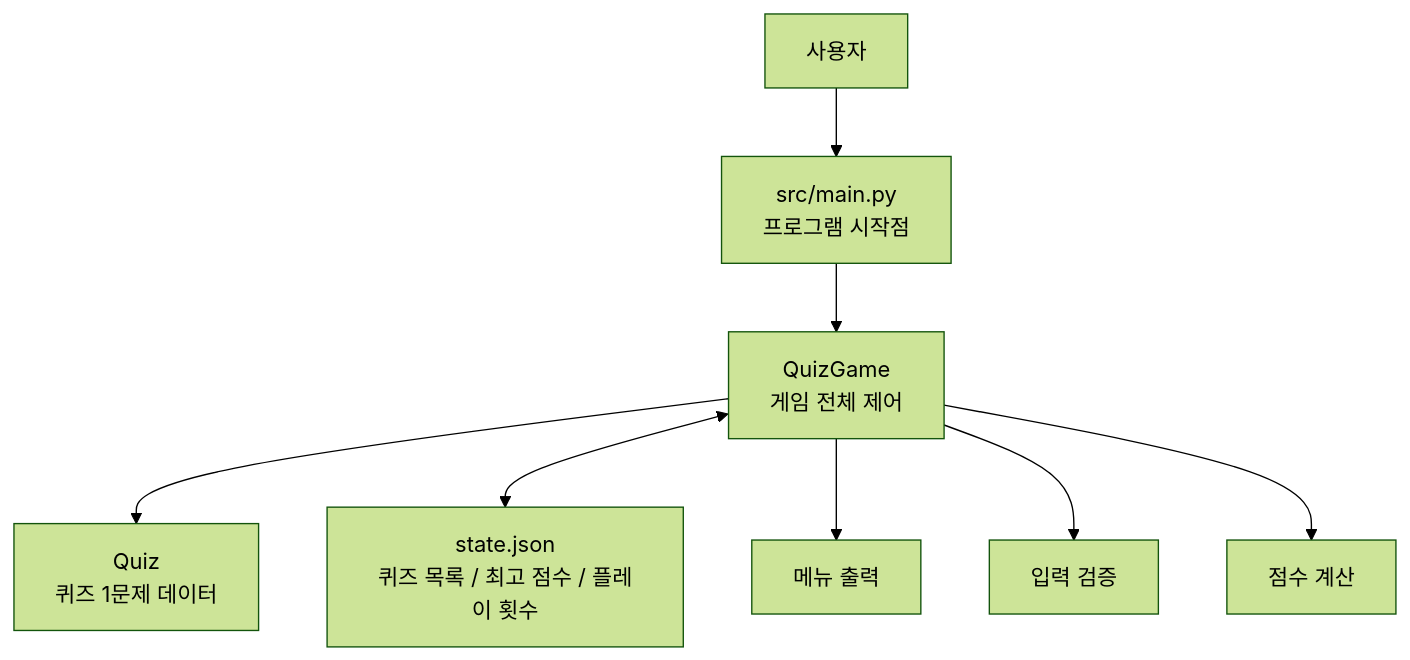
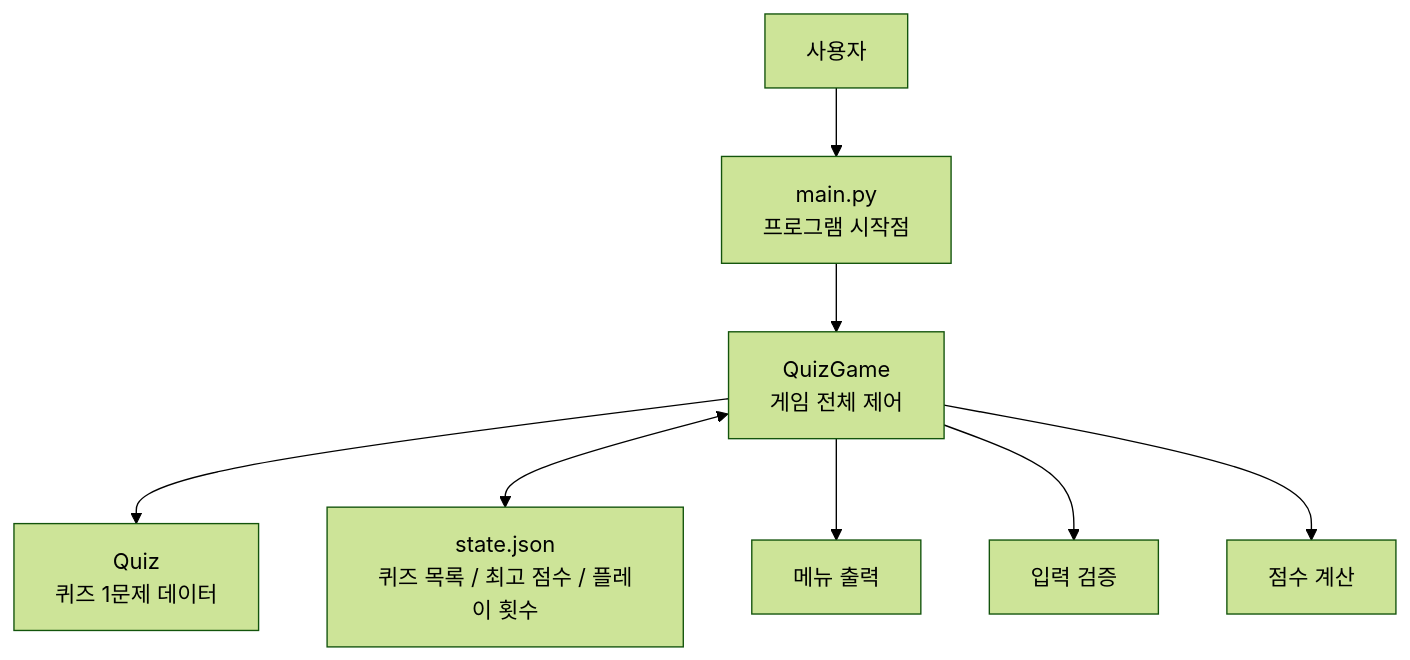
The diagram in docs/system-architecture.md (zzxy72/E1-2), drawn with Mermaid (forest theme) before and after one commit. The commit also changed other lines of this file and 5 other files, not shown here.

````diff
--- a/docs/system-architecture.md
+++ b/docs/system-architecture.md
@@ -25,10 +25,10 @@
 ```mermaid
 flowchart TD
-    A[사용자] --> B[src/main.py<br/>프로그램 시작점]
+    A[사용자] --> B[main.py<br/>프로그램 시작점]
     B --> C[QuizGame<br/>게임 전체 제어]
     C --> D[Quiz<br/>퀴즈 1문제 데이터]
     C <--> E[state.json<br/>퀴즈 목록 / 최고 점수 / 플레이 횟수]
     C --> F[메뉴 출력]
     C --> G[입력 검증]
     C --> H[점수 계산]
 ```
````
